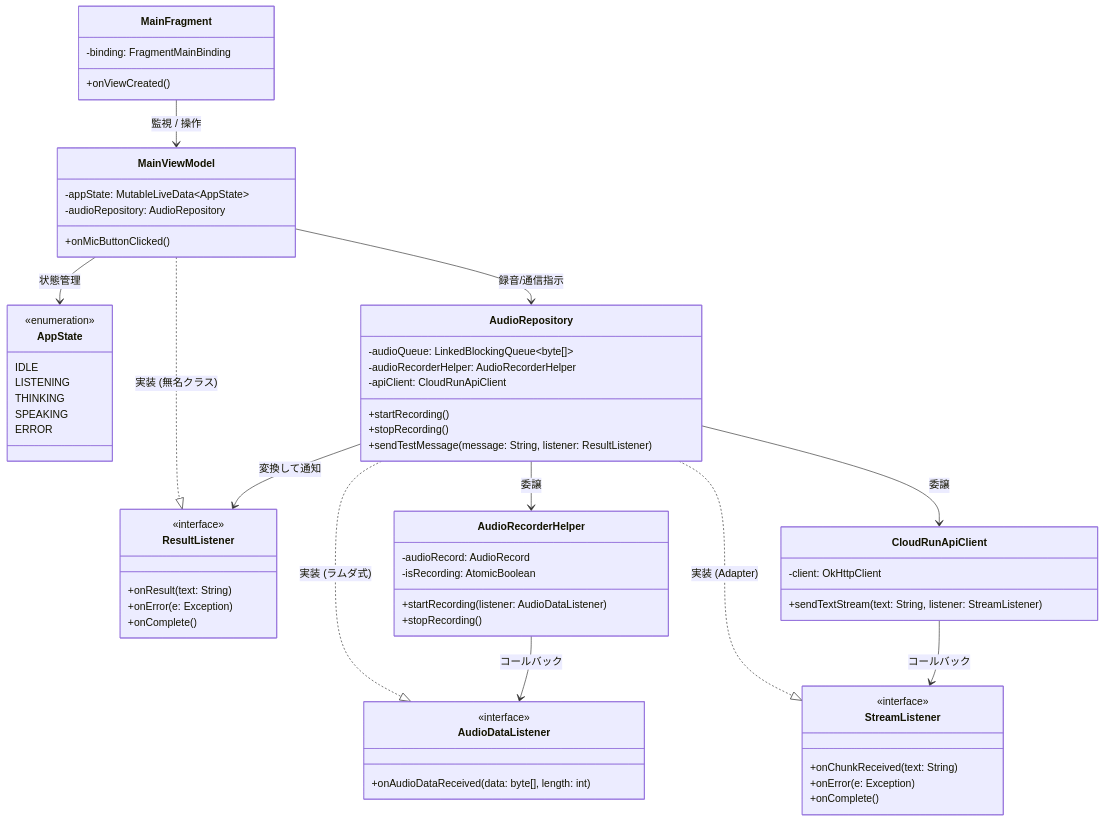
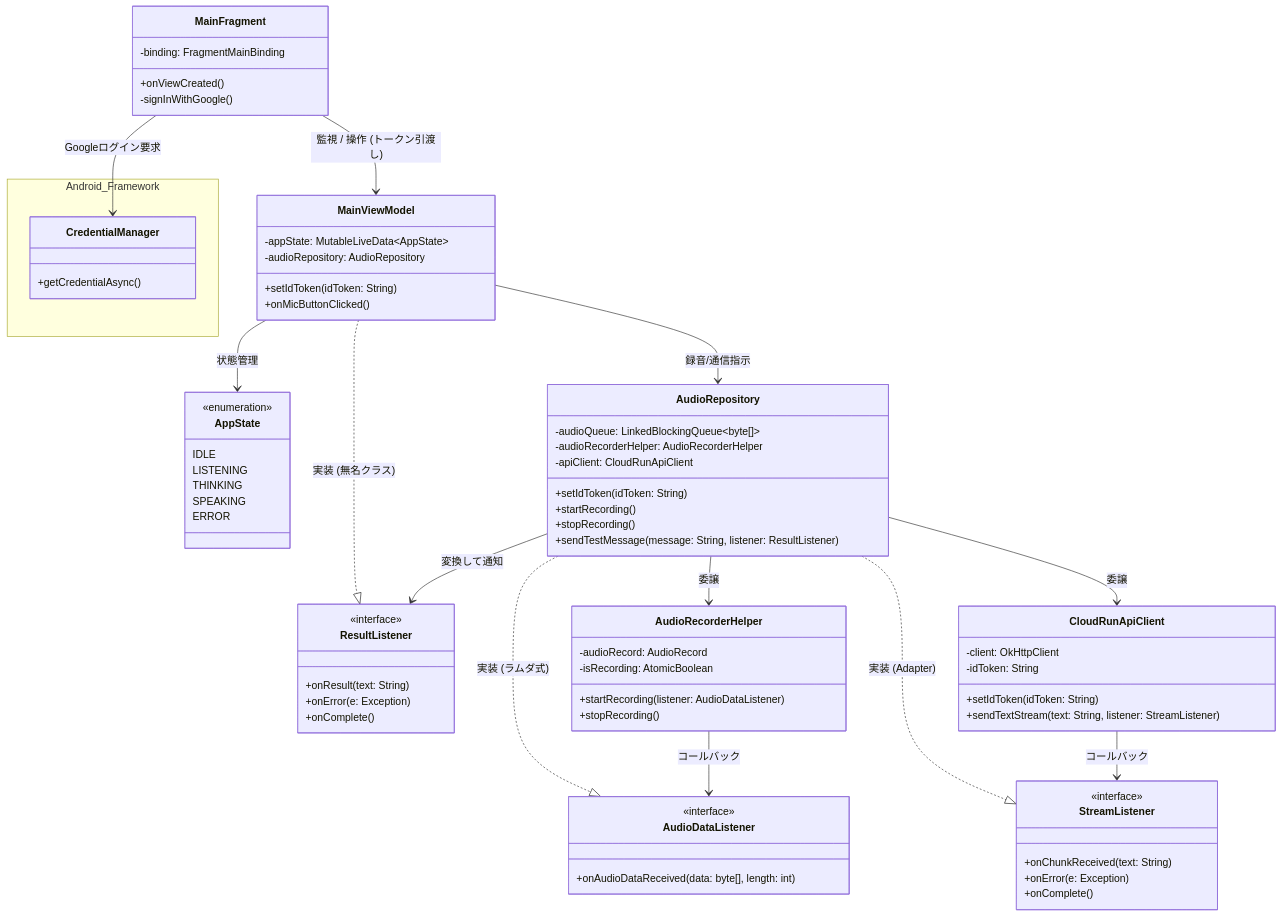
Before and after one commit to rotani/android-study: the first of 4 diagrams in README.md, drawn with Mermaid. The commit also changed other lines of this file and 5 other files, not shown here.

````diff
--- a/README.md
+++ b/README.md
@@ -14,68 +14,79 @@
 ```mermaid
 classDiagram
+    namespace Android_Framework {
+        class CredentialManager {
+            +getCredentialAsync()
+        }
+    }
     class MainFragment {
         -binding: FragmentMainBinding
         +onViewCreated()
+        -signInWithGoogle()
     }
     class MainViewModel {
         -appState: MutableLiveData~AppState~
         -audioRepository: AudioRepository
+        +setIdToken(idToken: String)
         +onMicButtonClicked()
     }
     class AppState {
         <<enumeration>>
         IDLE
         LISTENING
         THINKING
         SPEAKING
         ERROR
     }
     class AudioRepository {
         -audioQueue: LinkedBlockingQueue~byte[]~
         -audioRecorderHelper: AudioRecorderHelper
         -apiClient: CloudRunApiClient
+        +setIdToken(idToken: String)
         +startRecording()
         +stopRecording()
         +sendTestMessage(message: String, listener: ResultListener)
     }
     class ResultListener {
         <<interface>>
         +onResult(text: String)
         +onError(e: Exception)
         +onComplete()
     }
     class AudioRecorderHelper {
         -audioRecord: AudioRecord
         -isRecording: AtomicBoolean
         +startRecording(listener: AudioDataListener)
         +stopRecording()
     }
     class AudioDataListener {
         <<interface>>
         +onAudioDataReceived(data: byte[], length: int)
     }
     class CloudRunApiClient {
         -client: OkHttpClient
+        -idToken: String
+        +setIdToken(idToken: String)
         +sendTextStream(text: String, listener: StreamListener)
     }
     class StreamListener {
         <<interface>>
         +onChunkReceived(text: String)
         +onError(e: Exception)
         +onComplete()
     }
 
-    MainFragment --> MainViewModel : 監視 / 操作
+    MainFragment --> CredentialManager : Googleログイン要求
+    MainFragment --> MainViewModel : 監視 / 操作 (トークン引渡し)
     MainViewModel --> AppState : 状態管理
     MainViewModel --> AudioRepository : 録音/通信指示
     MainViewModel ..|> ResultListener : 実装 (無名クラス)
 
     AudioRepository --> AudioRecorderHelper : 委譲
     AudioRepository ..|> AudioDataListener : 実装 (ラムダ式)
     AudioRecorderHelper --> AudioDataListener : コールバック
 
     AudioRepository --> CloudRunApiClient : 委譲
     AudioRepository ..|> StreamListener : 実装 (Adapter)
     AudioRepository --> ResultListener : 変換して通知
     CloudRunApiClient --> StreamListener : コールバック
 ```
````
